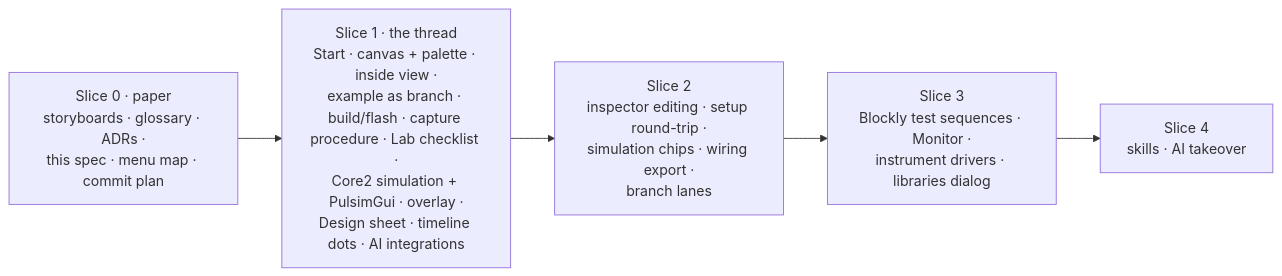
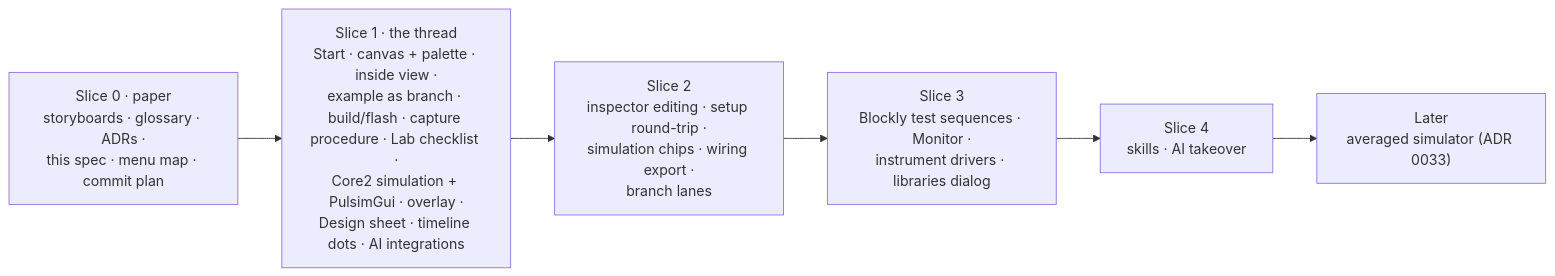
One commit to luizvilla/Theia changed the second of 2 diagrams in SPEC.md. Above: the diagram before and after it, drawn with Mermaid. The commit also changed other lines of this file and 4 other files, not shown here.

First line of the commit message:
docs: requirement badges in the inspector; the averaged simulator, later (ADR 0033)

````diff
--- a/SPEC.md
+++ b/SPEC.md
@@ -287,9 +288,10 @@
 ```mermaid
 flowchart LR
   S0["Slice 0 · paper<br/>storyboards · glossary · ADRs ·<br/>this spec · menu map · commit plan"]
   S1["Slice 1 · the thread<br/>Start · canvas + palette · inside view ·<br/>example as branch · build/flash · capture procedure · Lab checklist ·<br/>Core2 simulation + PulsimGui · overlay ·<br/>Design sheet · timeline dots · AI integrations"]
   S2["Slice 2<br/>inspector editing · setup round-trip ·<br/>simulation chips · wiring export ·<br/>branch lanes"]
   S3["Slice 3<br/>Blockly test sequences · Monitor ·<br/>instrument drivers · libraries dialog"]
   S4["Slice 4<br/>skills · AI takeover"]
-  S0 --> S1 --> S2 --> S3 --> S4
+  L["Later<br/>averaged simulator (ADR 0033)"]
+  S0 --> S1 --> S2 --> S3 --> S4 --> L
 ```
````
